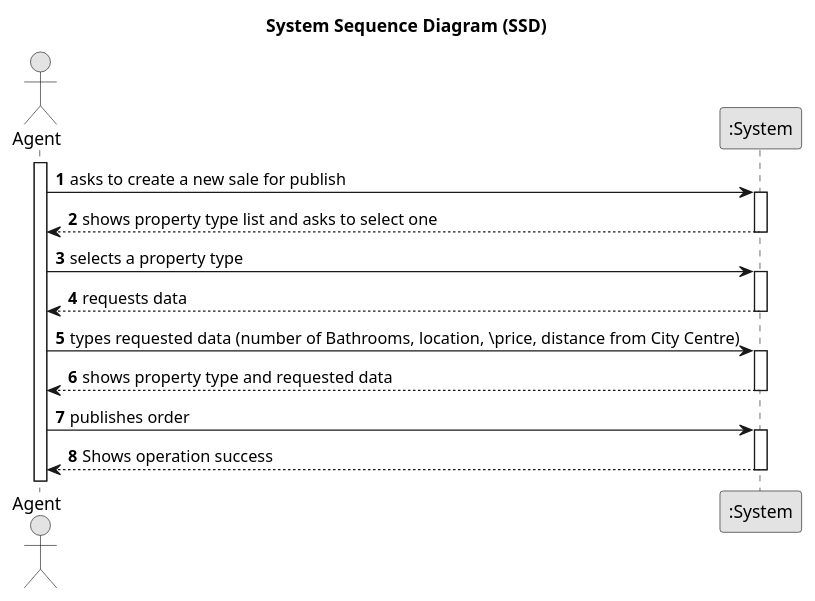
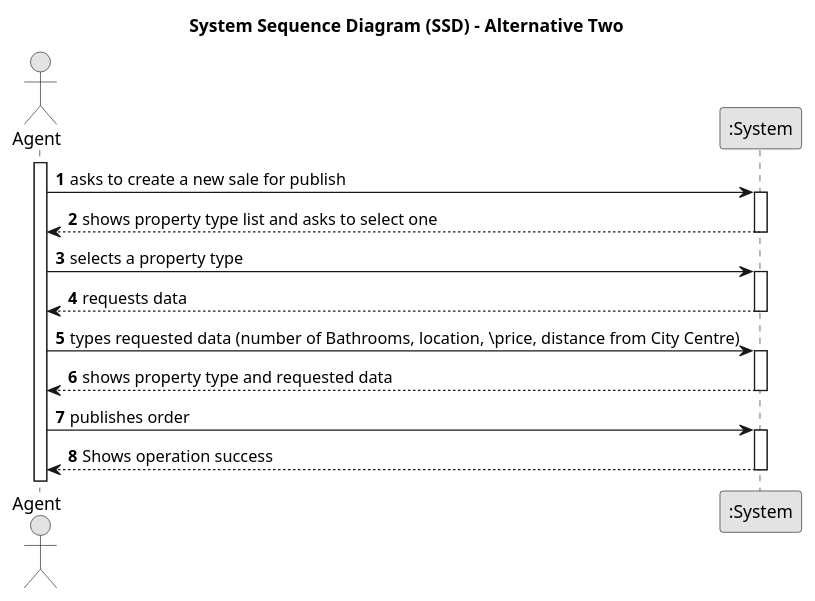
One commit to Goncalves2525/real-estate-management-system changed the diagram in docs/sprintA/us002/01.requirements-engineering/puml/us002-system-sequence-diagram-alternative-two.puml. Above: the diagram before and after it, drawn with PlantUML. The commit also changed 6 other files, not shown here.

Commit message:
ran script to generate .svg; Added second alternative to US002 SSD

```diff
--- a/docs/sprintA/us002/01.requirements-engineering/puml/us002-system-sequence-diagram-alternative-two.puml
+++ b/docs/sprintA/us002/01.requirements-engineering/puml/us002-system-sequence-diagram-alternative-two.puml
@@ -1,38 +1,38 @@
 @startuml
 skinparam monochrome true
 skinparam packageStyle rectangle
 skinparam shadowing false
 
-title System Sequence Diagram (SSD)
+title System Sequence Diagram (SSD) - Alternative Two
 
 autonumber
 
 actor "Agent" as Agent
 participant ":System" as System
 
 activate Agent
 
     Agent -> System : asks to create a new sale for publish
     activate System
 
         System --> Agent : shows property type list and asks to select one
     deactivate System
 
     Agent -> System : selects a property type
     activate System
 
         System --> Agent : requests data
     deactivate System
 
     Agent -> System : types requested data (number of Bathrooms, location, \price, distance from City Centre)
     activate System
 
         System --> Agent : shows property type and requested data
     deactivate System
 
     Agent -> System : publishes order
     activate System
 
         System --> Agent : Shows operation success
     deactivate System
 @enduml
```
